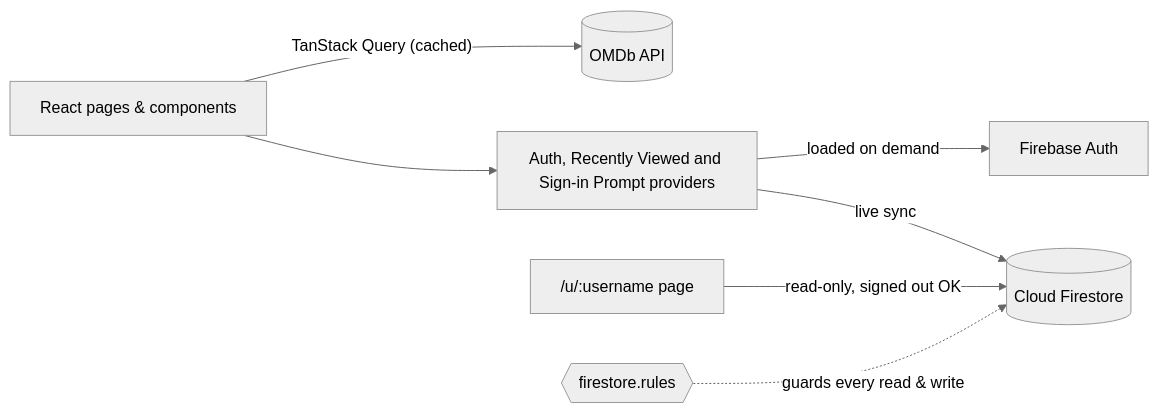
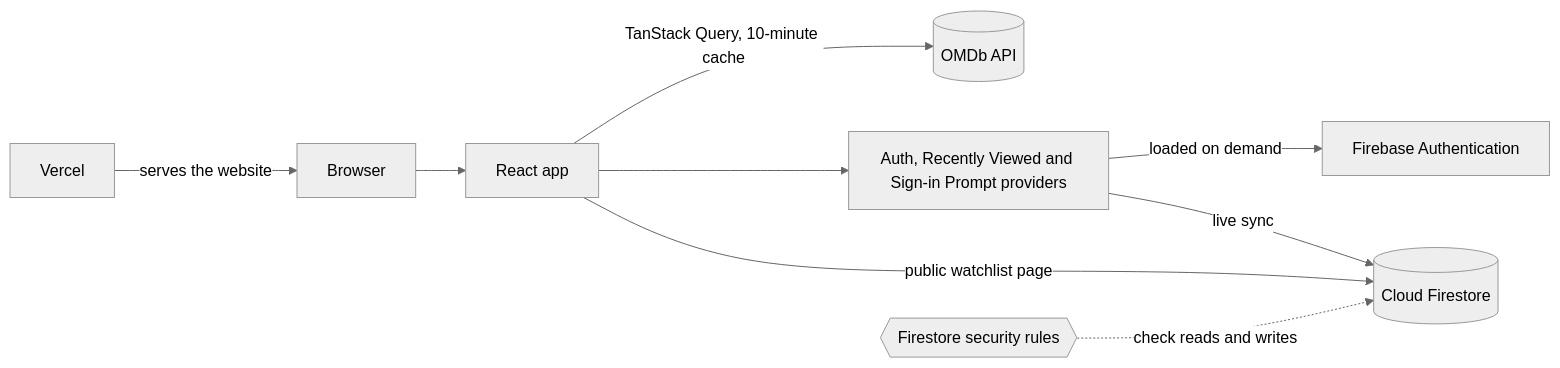
Before and after one commit to Rishikapurbey/ShowTime: the first of 4 diagrams in README.md, drawn with Mermaid (neutral theme). The commit also changed other lines of this file and 8 other files, not shown here.

````diff
--- a/README.md
+++ b/README.md
@@ -129,9 +100,11 @@
 ```mermaid
 flowchart LR
-  UI["React pages & components"] -->|"TanStack Query (cached)"| OMDb[("OMDb API")]
-  UI --> Ctx["Auth, Recently Viewed and Sign-in Prompt providers"]
-  Ctx -->|"loaded on demand"| Auth["Firebase Auth"]
-  Ctx -->|"live sync"| FS[("Cloud Firestore")]
-  Public["/u/:username page"] -->|"read-only, signed out OK"| FS
-  Rules{{"firestore.rules"}} -.->|"guards every read & write"| FS
+  User["Browser"] --> App["React app"]
+  Vercel["Vercel"] -->|"serves the website"| User
+  App -->|"TanStack Query, 10-minute cache"| OMDb[("OMDb API")]
+  App --> Providers["Auth, Recently Viewed and Sign-in Prompt providers"]
+  Providers -->|"loaded on demand"| Auth["Firebase Authentication"]
+  Providers -->|"live sync"| Firestore[("Cloud Firestore")]
+  App -->|"public watchlist page"| Firestore
+  Rules{{"Firestore security rules"}} -.->|"check reads and writes"| Firestore
 ```
````
